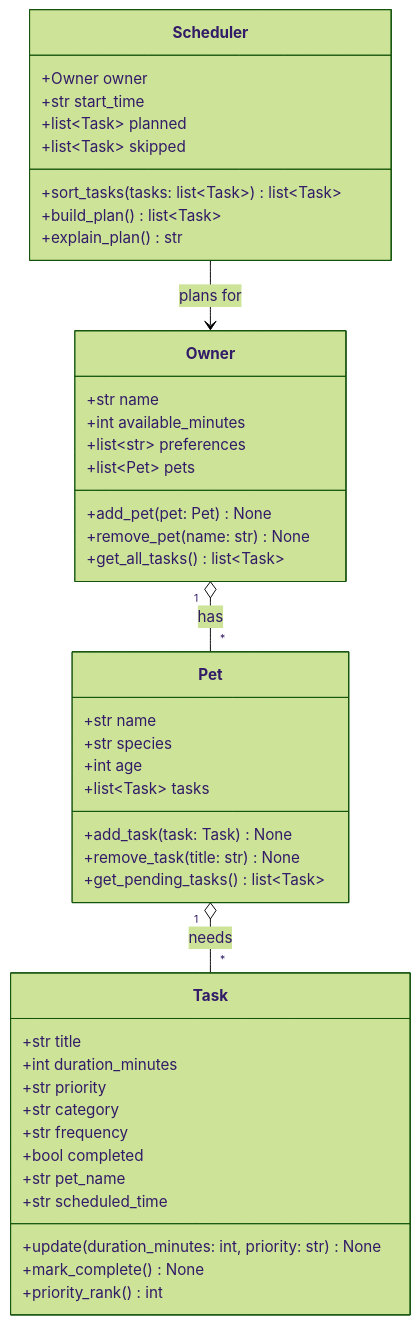
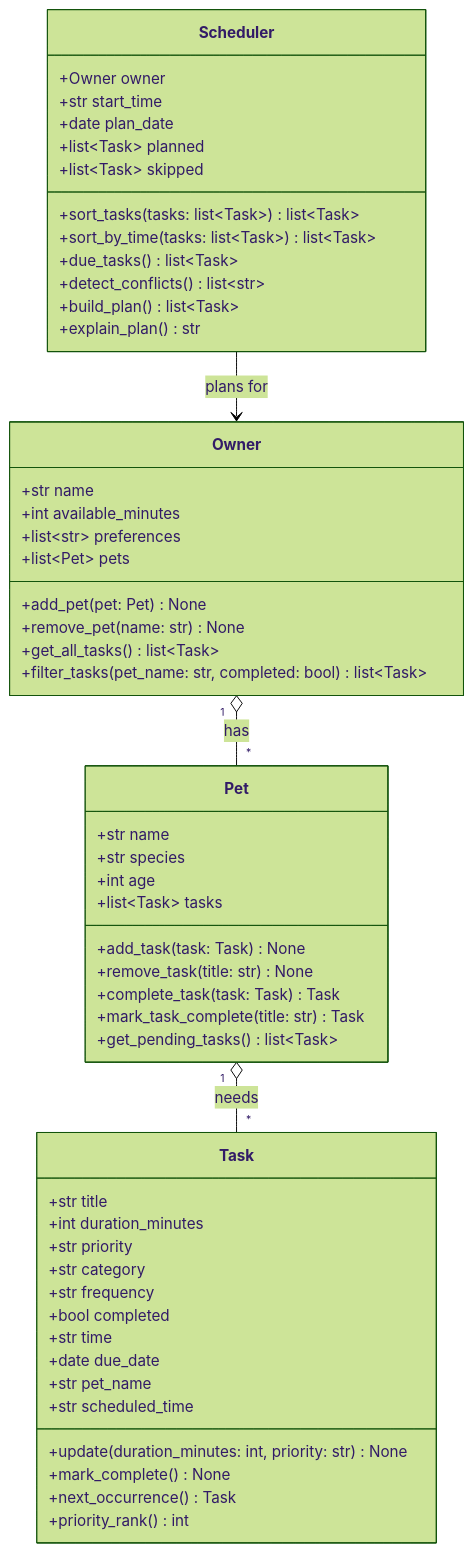
The diagram in diagrams/uml.mmd (steevve5/ai110-module2show-pawpal-starter), drawn with Mermaid (forest theme) before and after one commit. The commit also changed 6 other files, not shown here.

```diff
--- a/diagrams/uml.mmd
+++ b/diagrams/uml.mmd
@@ -1,50 +1,60 @@
 classDiagram
     %% PawPal+ draft UML. Keep this file updated so it matches your final implementation.
 
     class Owner {
         +str name
         +int available_minutes
         +list~str~ preferences
         +list~Pet~ pets
         +add_pet(pet: Pet) None
         +remove_pet(name: str) None
         +get_all_tasks() list~Task~
+        +filter_tasks(pet_name: str, completed: bool) list~Task~
     }
 
     class Pet {
         +str name
         +str species
         +int age
         +list~Task~ tasks
         +add_task(task: Task) None
         +remove_task(title: str) None
+        +complete_task(task: Task) Task
+        +mark_task_complete(title: str) Task
         +get_pending_tasks() list~Task~
     }
 
     class Task {
         +str title
         +int duration_minutes
         +str priority
         +str category
         +str frequency
         +bool completed
+        +str time
+        +date due_date
         +str pet_name
         +str scheduled_time
         +update(duration_minutes: int, priority: str) None
         +mark_complete() None
+        +next_occurrence() Task
         +priority_rank() int
     }
 
     class Scheduler {
         +Owner owner
         +str start_time
+        +date plan_date
         +list~Task~ planned
         +list~Task~ skipped
         +sort_tasks(tasks: list~Task~) list~Task~
+        +sort_by_time(tasks: list~Task~) list~Task~
+        +due_tasks() list~Task~
+        +detect_conflicts() list~str~
         +build_plan() list~Task~
         +explain_plan() str
     }
 
     Owner "1" o-- "*" Pet : has
     Pet "1" o-- "*" Task : needs
     Scheduler --> Owner : plans for
```
